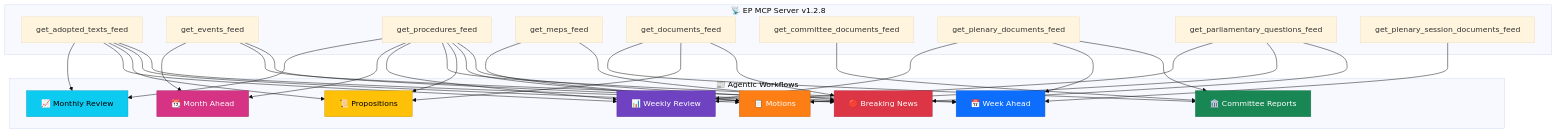
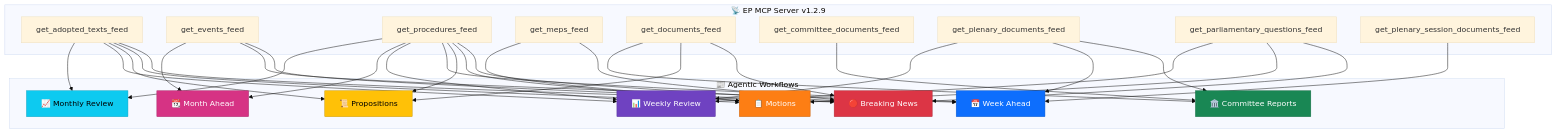
Before and after one commit to Hack23/euparliamentmonitor: the fifth of 7 diagrams in analysis/README.md, drawn with Mermaid (base theme). The commit also changed 39 other files, not shown here.

First line of the commit message:
chore: bump EP MCP server references to 1.2.9 across repo

````diff
--- a/analysis/README.md
+++ b/analysis/README.md
@@ -497,44 +497,44 @@
 ```mermaid
 flowchart TD
-    subgraph "📡 EP MCP Server v1.2.8"
+    subgraph "📡 EP MCP Server v1.2.9"
         F1["get_adopted_texts_feed"]
         F2["get_events_feed"]
         F3["get_procedures_feed"]
         F4["get_meps_feed"]
         F5["get_documents_feed"]
         F6["get_committee_documents_feed"]
         F7["get_plenary_documents_feed"]
         F8["get_parliamentary_questions_feed"]
         F9["get_plenary_session_documents_feed"]
     end
 
     subgraph "📰 Agentic Workflows"
         W1["🔴 Breaking News"]
         W2["📋 Motions"]
         W3["📜 Propositions"]
         W4["🏛️ Committee Reports"]
         W5["📅 Week Ahead"]
         W6["📊 Weekly Review"]
         W7["📆 Month Ahead"]
         W8["📈 Monthly Review"]
     end
 
     F1 --> W1 & W2 & W3 & W6 & W8
     F2 --> W1 & W5 & W7
     F3 --> W1 & W2 & W3 & W5 & W6 & W7 & W8
     F4 --> W1 & W2
     F5 --> W1 & W3 & W4
     F6 --> W4
     F7 --> W4 & W5 & W6
     F8 --> W1 & W2 & W6
     F9 --> W5
 
     style W1 fill:#dc3545,stroke:#b02a37,color:#fff
     style W2 fill:#fd7e14,stroke:#ca6510,color:#fff
     style W3 fill:#ffc107,stroke:#cc9a06,color:#000
     style W4 fill:#198754,stroke:#146c43,color:#fff
     style W5 fill:#0d6efd,stroke:#0a58ca,color:#fff
     style W6 fill:#6f42c1,stroke:#59359a,color:#fff
     style W7 fill:#d63384,stroke:#ab296a,color:#fff
     style W8 fill:#0dcaf0,stroke:#0aa2c0,color:#000
 ```
````
